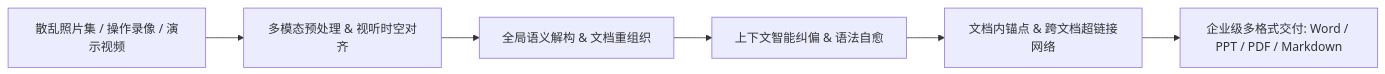
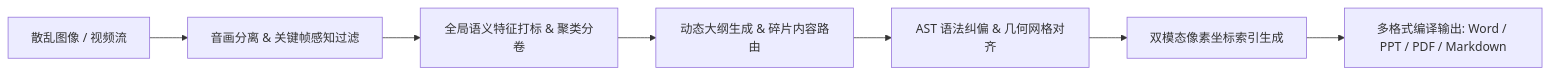
The diagram in README.md (TK-zhang/tupian-zhuan-wendang), drawn with Mermaid before and after one commit. The commit also changed other lines of this file and 7 other files, not shown here.

````diff
--- a/README.md
+++ b/README.md
@@ -56,8 +46,9 @@
 ```mermaid
 flowchart LR
-    A[散乱照片集 / 操作录像 / 演示视频] --> B[多模态预处理 & 视听时空对齐]
-    B --> C[全局语义解构 & 文档重组织]
-    C --> D[上下文智能纠偏 & 语法自愈]
-    D --> E[文档内锚点 & 跨文档超链接网络]
-    E --> F[企业级多格式交付: Word / PPT / PDF / Markdown]
+    A[散乱图像 / 视频流] --> B[音画分离 & 关键帧感知过滤]
+    B --> C[全局语义特征打标 & 聚类分卷]
+    C --> D[动态大纲生成 & 碎片内容路由]
+    D --> E[AST 语法纠偏 & 几何网格对齐]
+    E --> F[双模态像素坐标索引生成]
+    F --> G[多格式编译输出: Word / PPT / PDF / Markdown]
 ```
````
